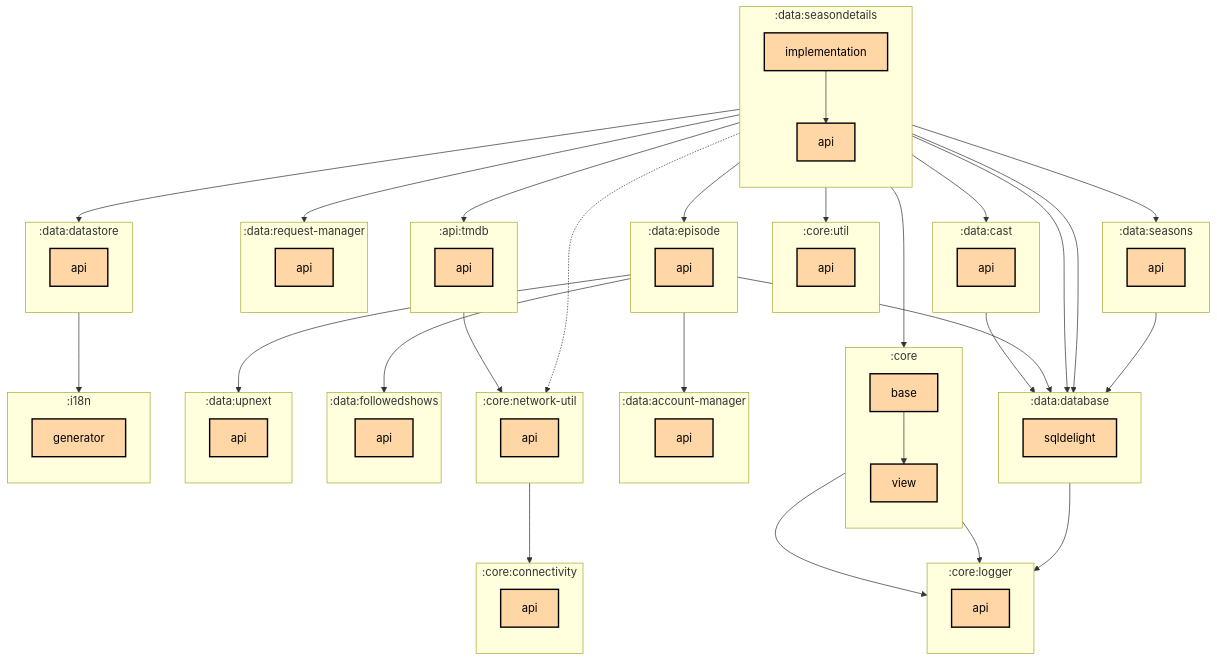
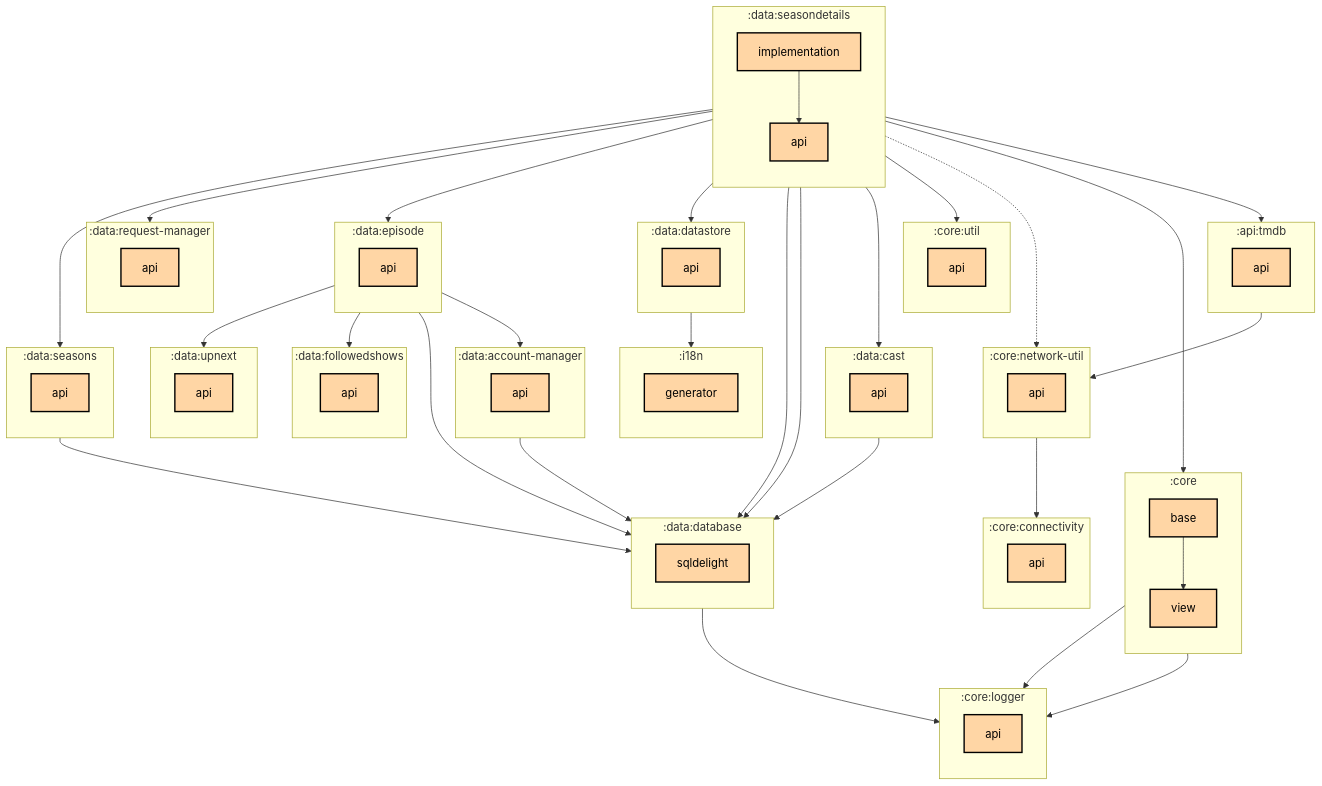
The first of 2 diagrams in data/seasondetails/implementation/README.md (thomaskioko/tv-maniac), drawn with Mermaid before and after one commit. The commit also changed 105 other files, not shown here.

Commit message:
🤖 Update module graphs

```diff
--- a/data/seasondetails/implementation/README.md
+++ b/data/seasondetails/implementation/README.md
@@ -81,6 +81,7 @@
   :core:base --> :core:view
   :core:network-util:api --> :core:connectivity:api
   :core:view --> :core:logger:api
+  :data:account-manager:api --> :data:database:sqldelight
   :data:cast:api --> :data:database:sqldelight
   :data:database:sqldelight --> :core:logger:api
   :data:datastore:api --> :i18n:generator
```
